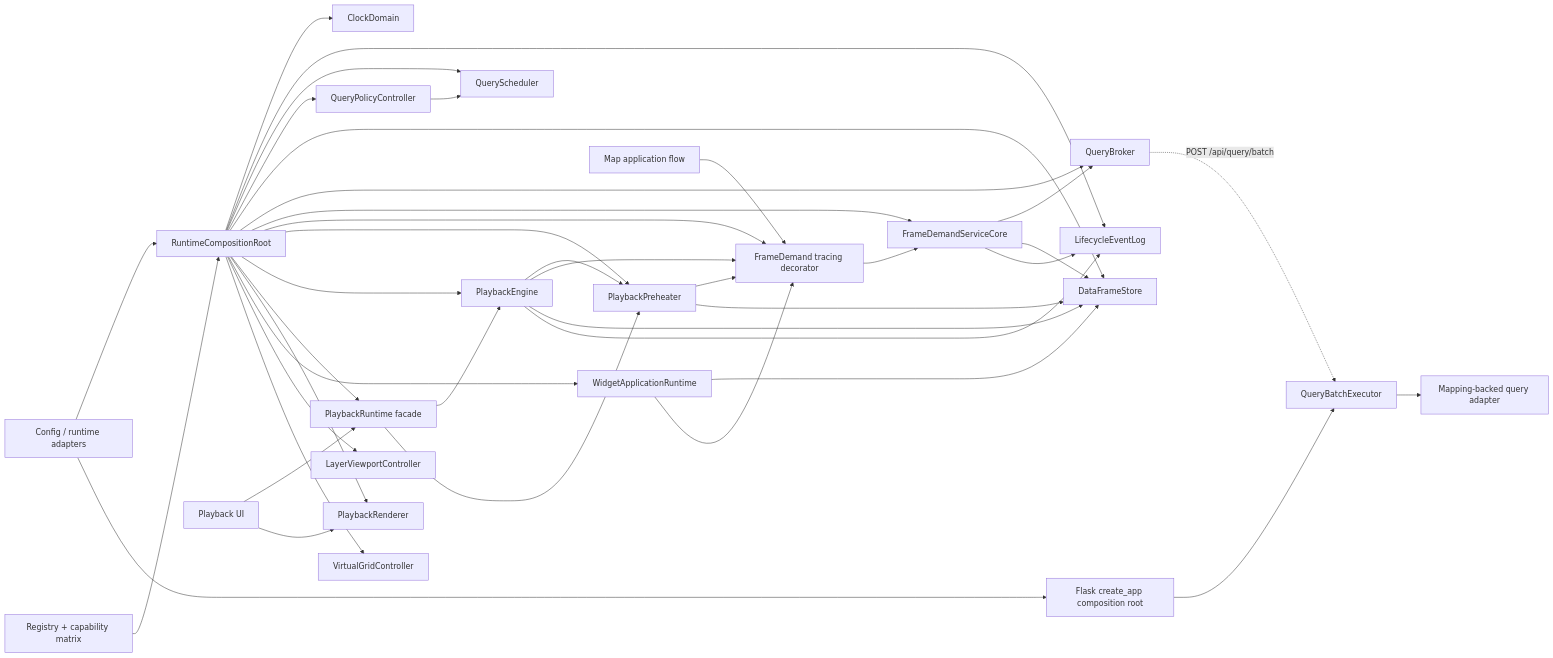
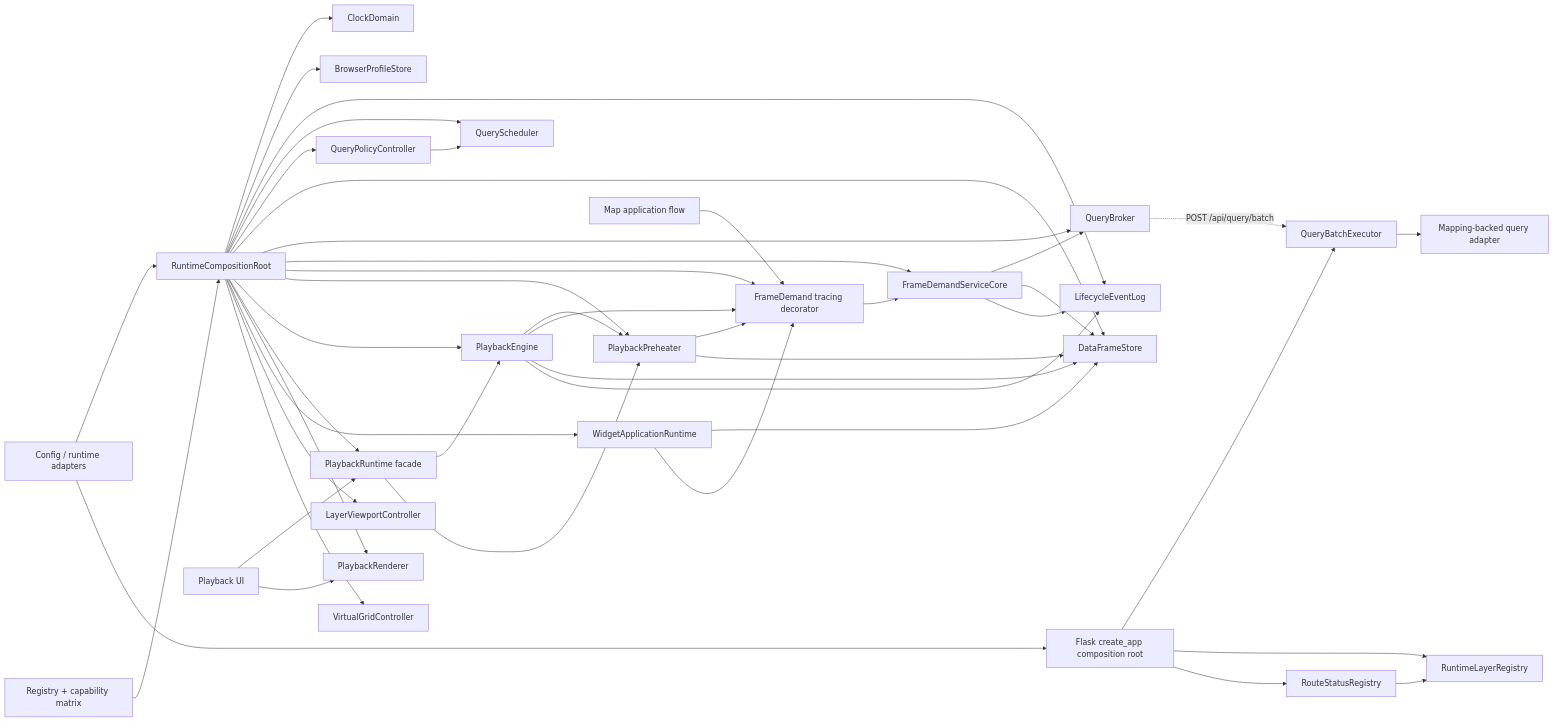
One commit to Kagamihara-Ruruka/gfw-flask-mysql-adapter changed the diagram in docs/architecture/runtime-oop.md. Above: the diagram before and after it, drawn with Mermaid. The commit also changed other lines of this file and 90 other files, not shown here.

````diff
--- a/docs/architecture/runtime-oop.md
+++ b/docs/architecture/runtime-oop.md
@@ -19,44 +19,48 @@
 ```mermaid
 flowchart LR
   CFG["Config / runtime adapters"] --> ROOT["RuntimeCompositionRoot"]
   CFG --> FLASKROOT["Flask create_app composition root"]
   REG["Registry + capability matrix"] --> ROOT
   ROOT --> CLOCK["ClockDomain"]
+  ROOT --> PROFILE["BrowserProfileStore"]
   ROOT --> EVENTS["LifecycleEventLog"]
   ROOT --> SCHED["QueryScheduler"]
   ROOT --> QUERYPOLICY["QueryPolicyController"]
   ROOT --> STORE["DataFrameStore"]
   ROOT --> BROKER["QueryBroker"]
   ROOT --> CORE["FrameDemandServiceCore"]
   ROOT --> DECORATOR["FrameDemand tracing decorator"]
   ROOT --> PREHEAT["PlaybackPreheater"]
   ROOT --> ENGINE["PlaybackEngine"]
   ROOT --> RUNTIME["PlaybackRuntime facade"]
   ROOT --> RENDERER["PlaybackRenderer"]
   ROOT --> WIDGETAPP["WidgetApplicationRuntime"]
   ROOT --> VIEWPORT["LayerViewportController"]
   ROOT --> GRID["VirtualGridController"]
   FLASKROOT --> BATCH["QueryBatchExecutor"]
+  FLASKROOT --> LAYERREG["RuntimeLayerRegistry"]
+  FLASKROOT --> ROUTESTATUS["RouteStatusRegistry"]
 
   DECORATOR --> CORE
   QUERYPOLICY --> SCHED
   CORE --> BROKER
   CORE --> STORE
   CORE --> EVENTS
   BROKER -. "POST /api/query/batch" .-> BATCH
   BATCH --> ADAPTER["Mapping-backed query adapter"]
+  ROUTESTATUS --> LAYERREG
   PREHEAT --> DECORATOR
   PREHEAT --> STORE
   ENGINE --> PREHEAT
   ENGINE --> DECORATOR
   ENGINE --> STORE
   ENGINE --> EVENTS
   RUNTIME --> ENGINE
   RUNTIME --> PREHEAT
 
   MAPAPP["Map application flow"] --> DECORATOR
   WIDGETAPP --> STORE
   WIDGETAPP --> DECORATOR
   UI["Playback UI"] --> RUNTIME
   UI --> RENDERER
 ```
````
